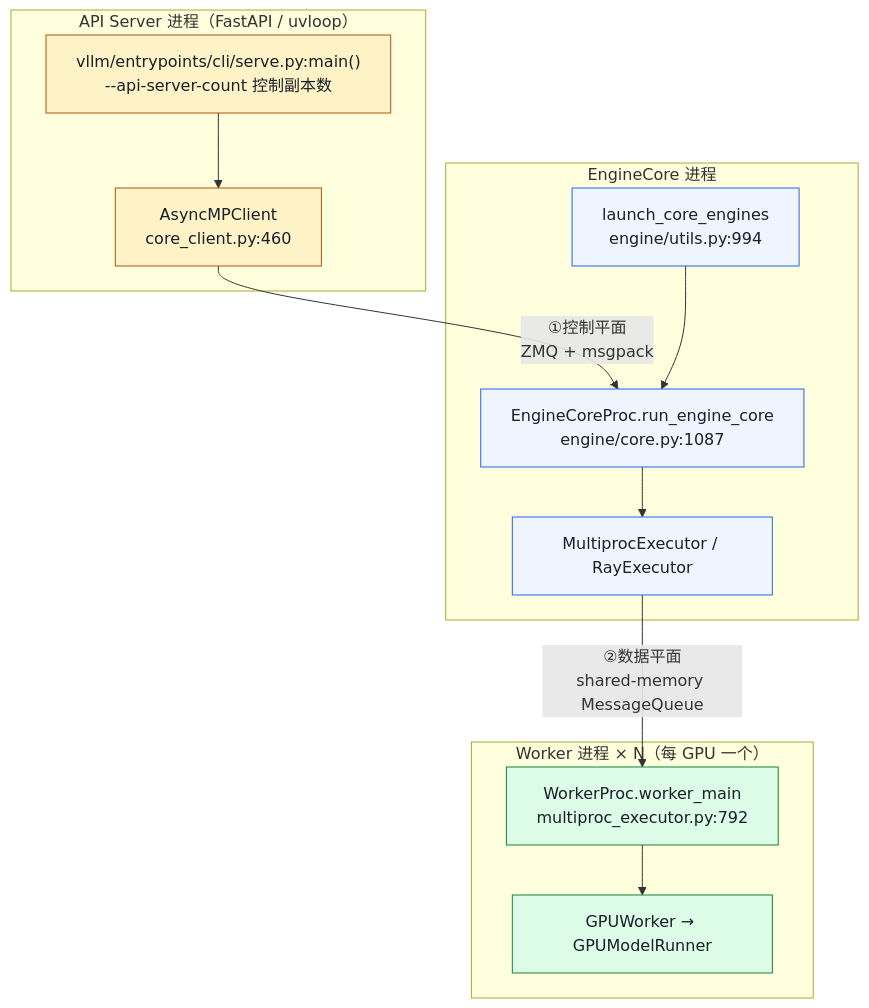
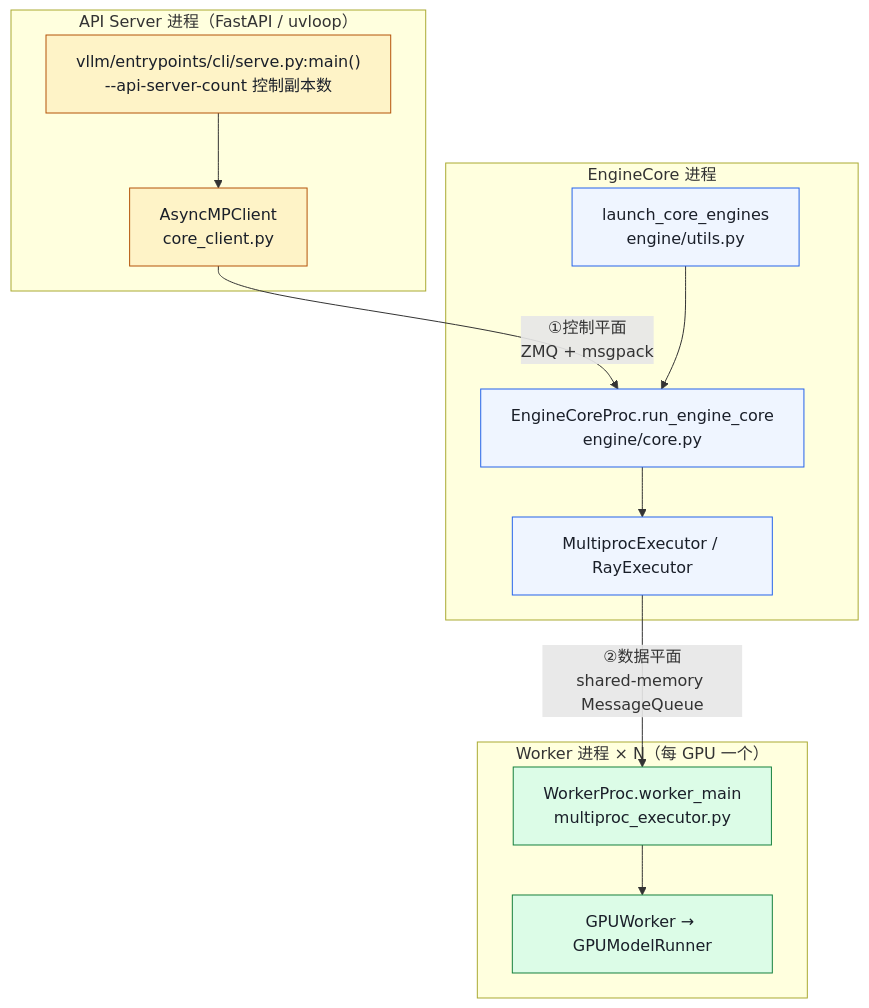
Before and after one commit to jwzheng96/vllm-learning-book: the first of 3 diagrams in 01-overview/05-process-and-ipc-internals.md, drawn with Mermaid. The commit also changed other lines of this file and 29 other files, not shown here.

````diff
--- a/01-overview/05-process-and-ipc-internals.md
+++ b/01-overview/05-process-and-ipc-internals.md
@@ -21,29 +30,29 @@
 ```mermaid
 flowchart TB
     subgraph API["API Server 进程（FastAPI / uvloop）"]
         APIcli["vllm/entrypoints/cli/serve.py:main()<br/>--api-server-count 控制副本数"]
-        AsyncMP["AsyncMPClient<br/>core_client.py:460"]
+        AsyncMP["AsyncMPClient<br/>core_client.py"]
     end
     subgraph ECP["EngineCore 进程"]
-        Launcher["launch_core_engines<br/>engine/utils.py:994"]
-        ECProc["EngineCoreProc.run_engine_core<br/>engine/core.py:1087"]
+        Launcher["launch_core_engines<br/>engine/utils.py"]
+        ECProc["EngineCoreProc.run_engine_core<br/>engine/core.py"]
         Exec["MultiprocExecutor / RayExecutor"]
     end
     subgraph WP["Worker 进程 × N（每 GPU 一个）"]
-        WMain["WorkerProc.worker_main<br/>multiproc_executor.py:792"]
+        WMain["WorkerProc.worker_main<br/>multiproc_executor.py"]
         Runner["GPUWorker → GPUModelRunner"]
     end
 
     APIcli --> AsyncMP
     AsyncMP -- "①控制平面<br/>ZMQ + msgpack" --> ECProc
     Launcher --> ECProc --> Exec
     Exec -- "②数据平面<br/>shared-memory MessageQueue" --> WMain
     WMain --> Runner
 
     classDef api fill:#fef3c7,stroke:#b45309,color:#1a1f29;
     classDef engine fill:#eff5ff,stroke:#2563eb,color:#1a1f29;
     classDef worker fill:#dcfce7,stroke:#15803d,color:#1a1f29;
     class APIcli,AsyncMP api;
     class Launcher,ECProc,Exec engine;
     class WMain,Runner worker;
 ```
````
